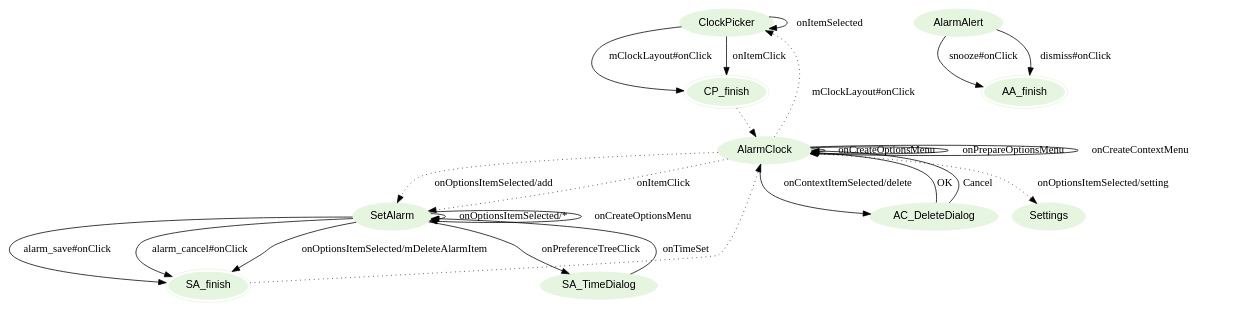
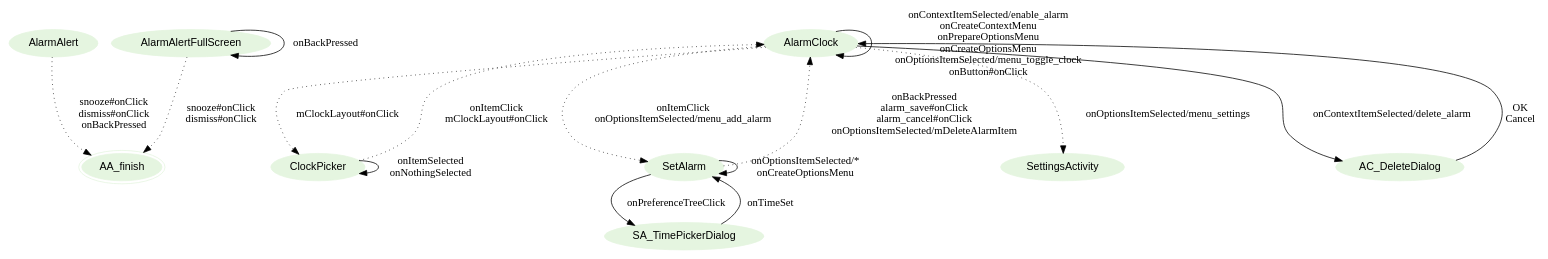
One commit to hans89/astparser changed the diagram in graphviz/AlarmClock2.gv. Above: the diagram before and after it, drawn with Graphviz. The commit also changed 11 other files, not shown here.

```diff
--- a/graphviz/AlarmClock2.gv
+++ b/graphviz/AlarmClock2.gv
@@ -1,55 +1,45 @@
 digraph {
 fontname="Helvetica";
 rank=LR;
 node[style=filled, fontname="Helvetica", colorscheme=greens3, color=1];
-ClockPicker;
-CP_finish[peripheries=2];
-ClockPicker -> ClockPicker[label="onItemSelected"];
-ClockPicker -> CP_finish[label="onItemClick"];
-ClockPicker -> CP_finish[label="mClockLayout#onClick"];
-CP_finish -> AlarmClock[style=dotted];
 
 AlarmAlert;
+AlarmAlertFullScreen;
+AlarmClock;
+ClockPicker;
+SetAlarm;
+SettingsActivity;
+
 AA_finish[peripheries=2];
-AlarmAlert -> AA_finish[label="snooze#onClick"];
-AlarmAlert -> AA_finish[label="dismiss#onClick"];
+AlarmAlertFullScreen -> AA_finish[label="snooze#onClick\ndismiss#onClick",style=dotted];
+AlarmAlertFullScreen -> AlarmAlertFullScreen[label="onBackPressed"];
 
-SetAlarm;
-SA_finish[peripheries=2];
-SA_TimeDialog;
-SetAlarm -> SetAlarm[label="onOptionsItemSelected/*"];
-SetAlarm -> SetAlarm[label="onCreateOptionsMenu"];
-SetAlarm -> SA_finish[label="alarm_save#onClick"];
-SetAlarm -> SA_finish[label="alarm_cancel#onClick"];
-SetAlarm -> SA_finish[label="onOptionsItemSelected/mDeleteAlarmItem"];
-SetAlarm -> SA_TimeDialog[label="onPreferenceTreeClick"];
-SA_TimeDialog -> SetAlarm[label="onTimeSet"];
-SA_finish -> AlarmClock[style=dotted];
+AA_finish[peripheries=2];
+AlarmAlert -> AA_finish[label="snooze#onClick\ndismiss#onClick\nonBackPressed",style=dotted];
 
+AC_DeleteDialog;
+AlarmClock -> AC_DeleteDialog[label="onContextItemSelected/delete_alarm"];
+AC_DeleteDialog -> AlarmClock[label="OK\nCancel"];
+AlarmClock -> AlarmClock[label="onContextItemSelected/enable_alarm\nonCreateContextMenu\nonPrepareOptionsMenu\nonCreateOptionsMenu\nonOptionsItemSelected/menu_toggle_clock\nonButton#onClick"];
 
-AlarmClock;
-AlarmClock -> SetAlarm[label="onItemClick",style=dotted];
-AlarmClock -> SetAlarm[label="onOptionsItemSelected/add",style=dotted];
+AlarmClock -> SetAlarm[label="onItemClick\nonOptionsItemSelected/menu_add_alarm",style=dotted];
 
 AlarmClock -> ClockPicker[label="mClockLayout#onClick",style=dotted];
-AlarmClock -> AlarmClock[label="onCreateOptionsMenu"];
-AlarmClock -> AlarmClock[label="onPrepareOptionsMenu"];
-AlarmClock -> AlarmClock[label="onCreateContextMenu"];
 
-AC_DeleteDialog;
-AlarmClock -> AC_DeleteDialog[label="onContextItemSelected/delete"];
-AC_DeleteDialog -> AlarmClock[label="OK"];
-AC_DeleteDialog -> AlarmClock[label="Cancel"];
+AlarmClock -> SettingsActivity[label="onOptionsItemSelected/menu_settings",style=dotted];
+
+ClockPicker -> ClockPicker[label="onItemSelected\nonNothingSelected"];
+ClockPicker -> AlarmClock[label="onItemClick\nmClockLayout#onClick",style=dotted];
 
 
 
-
-
-
-Settings;
-AlarmClock -> Settings[label="onOptionsItemSelected/setting",style=dotted];
+SetAlarm -> SetAlarm[label="onOptionsItemSelected/*\nonCreateOptionsMenu"];
+SetAlarm -> AlarmClock[label="onBackPressed\nalarm_save#onClick\nalarm_cancel#onClick\nonOptionsItemSelected/mDeleteAlarmItem",style=dotted];
+SA_TimePickerDialog;
+SetAlarm -> SA_TimePickerDialog[label="onPreferenceTreeClick"];
+SA_TimePickerDialog -> SetAlarm[label="onTimeSet"];
 
 
 
 
 }
```
